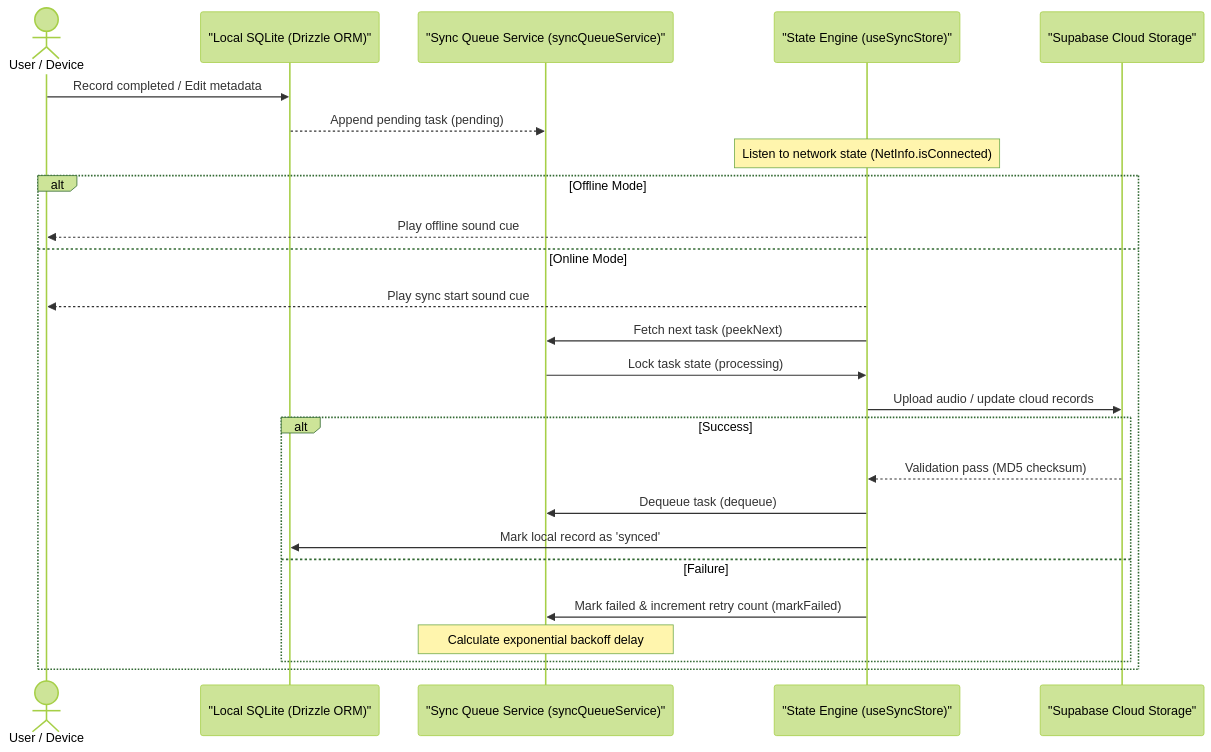
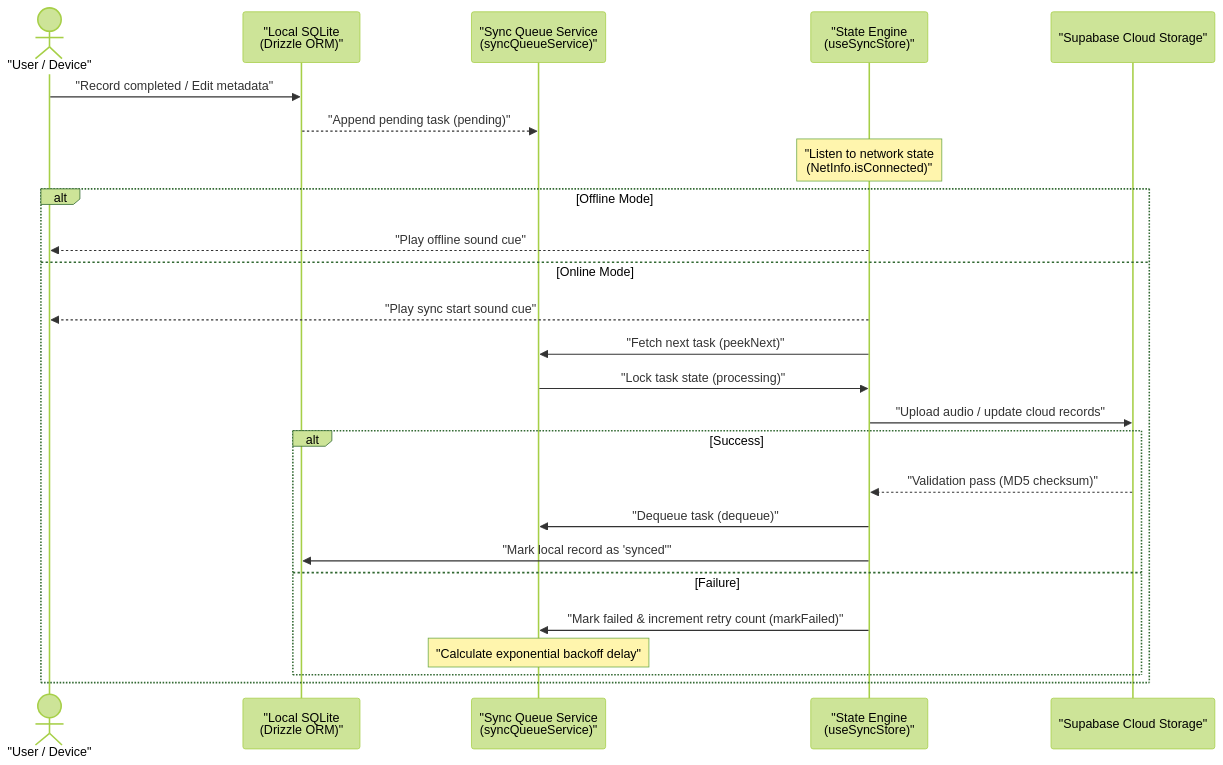
The first of 3 diagrams in README_EN.md (MeiSiristhebest/TimeLog), drawn with Mermaid (forest theme) before and after one commit. The commit also changed other lines of this file, not shown here.

Commit message:
docs(readme): optimize zh + en versions; fix Mermaid, badges, TOC, add Security & Contributing chapters (readme-writer SOP)

````diff
--- a/README_EN.md
+++ b/README_EN.md
@@ -30,28 +54,28 @@
 ```mermaid
 sequenceDiagram
-    actor User as User / Device
-    participant DB as "Local SQLite (Drizzle ORM)"
-    participant Queue as "Sync Queue Service (syncQueueService)"
-    participant Store as "State Engine (useSyncStore)"
+    actor User as "User / Device"
+    participant DB as "Local SQLite<br/>(Drizzle ORM)"
+    participant Queue as "Sync Queue Service<br/>(syncQueueService)"
+    participant Store as "State Engine<br/>(useSyncStore)"
     participant Cloud as "Supabase Cloud Storage"
 
-    User->>DB: Record completed / Edit metadata
-    DB-->>Queue: Append pending task (pending)
-    Note over Store: Listen to network state (NetInfo.isConnected)
+    User->>DB: "Record completed / Edit metadata"
+    DB-->>Queue: "Append pending task (pending)"
+    Note over Store: "Listen to network state<br/>(NetInfo.isConnected)"
     alt Offline Mode
-        Store-->>User: Play offline sound cue
+        Store-->>User: "Play offline sound cue"
     else Online Mode
-        Store-->>User: Play sync start sound cue
-        Store->>Queue: Fetch next task (peekNext)
-        Queue->>Store: Lock task state (processing)
-        Store->>Cloud: Upload audio / update cloud records
+        Store-->>User: "Play sync start sound cue"
+        Store->>Queue: "Fetch next task (peekNext)"
+        Queue->>Store: "Lock task state (processing)"
+        Store->>Cloud: "Upload audio / update cloud records"
         alt Success
-            Cloud-->>Store: Validation pass (MD5 checksum)
-            Store->>Queue: Dequeue task (dequeue)
-            Store->>DB: Mark local record as 'synced'
+            Cloud-->>Store: "Validation pass (MD5 checksum)"
+            Store->>Queue: "Dequeue task (dequeue)"
+            Store->>DB: "Mark local record as 'synced'"
         else Failure
-            Store->>Queue: Mark failed & increment retry count (markFailed)
-            Note over Queue: Calculate exponential backoff delay
+            Store->>Queue: "Mark failed & increment retry count (markFailed)"
+            Note over Queue: "Calculate exponential backoff delay"
         end
     end
 ```
````
